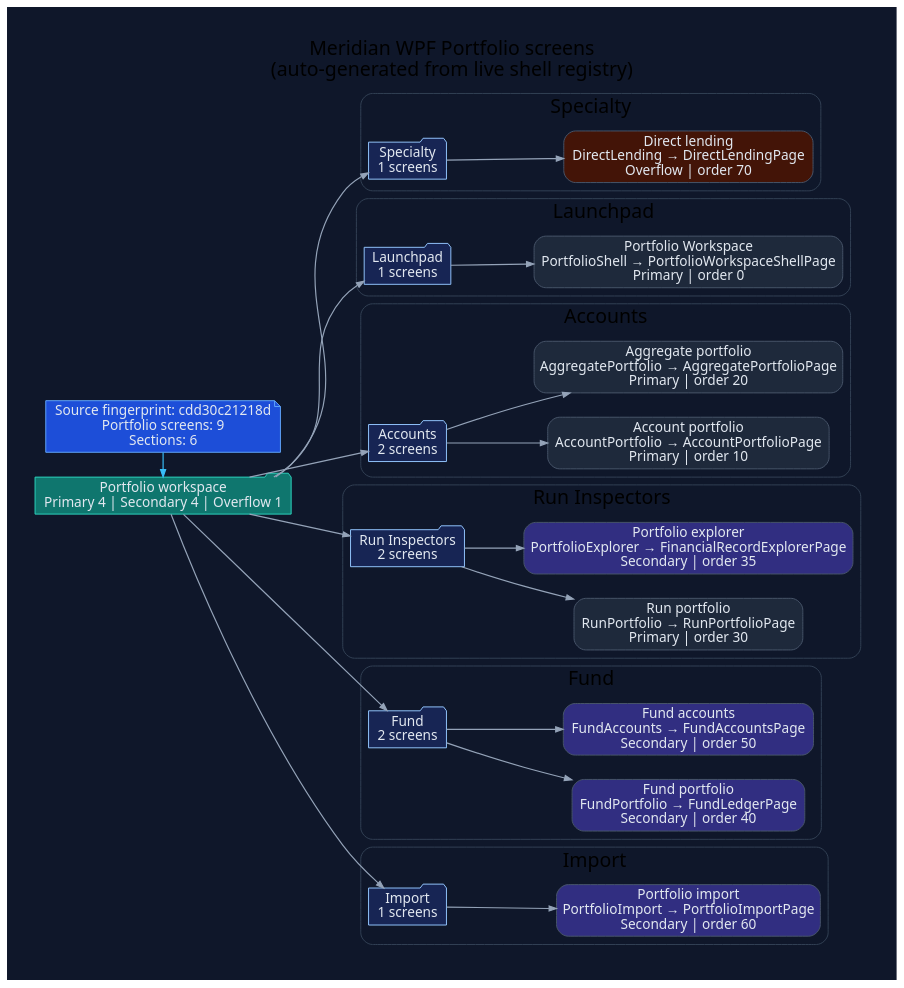
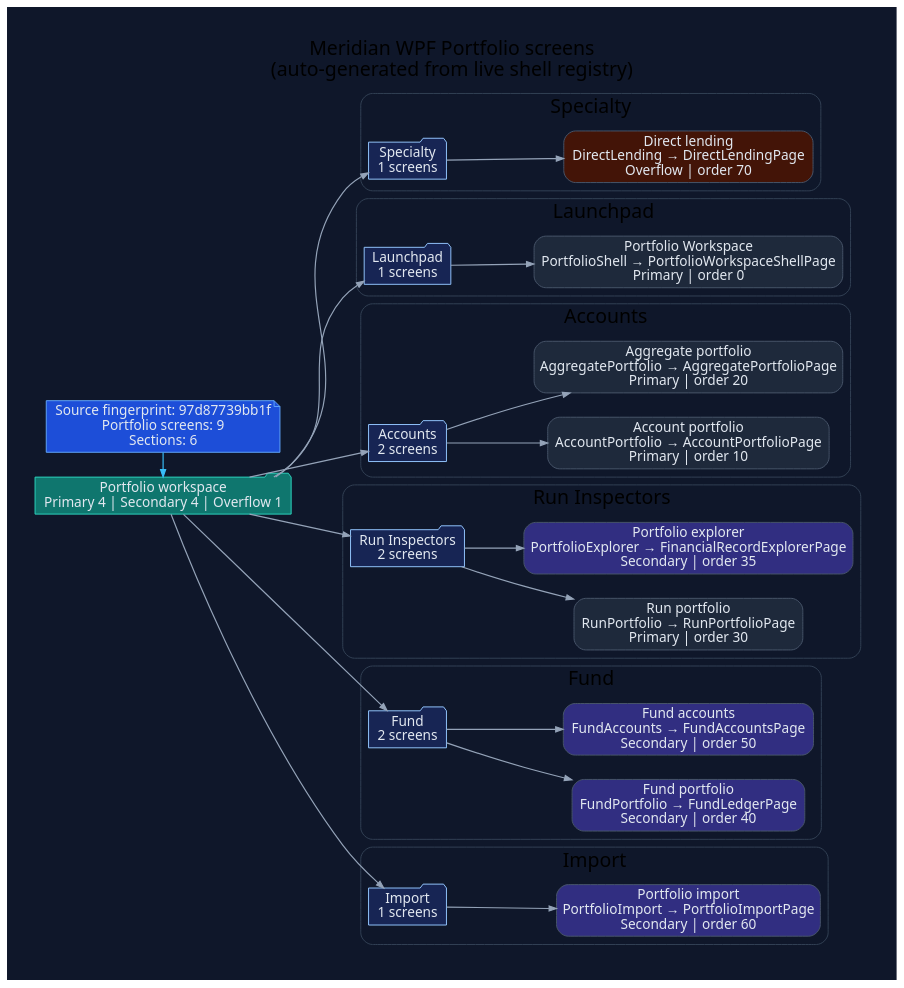
Before and after one commit to rodoHasArrived/Meridian-main: the diagram in docs/diagrams/ui/ui-wpf-screens-portfolio.dot, drawn with Graphviz. The commit also changed 43 other files, not shown here.

First line of the commit message:
docs(diagrams): regenerate the WPF screen diagrams for the changed source fingerprint

```diff
--- a/docs/diagrams/ui/ui-wpf-screens-portfolio.dot
+++ b/docs/diagrams/ui/ui-wpf-screens-portfolio.dot
@@ -1,92 +1,92 @@
 // -----------------------------------------------------------------------------
 // <auto-generated>
 // Generated by scripts/generate-diagrams.mjs.
 // Do not edit this file directly; update the WPF source files instead.
 // -----------------------------------------------------------------------------
 digraph WpfPortfolioScreens {
   graph [
     rankdir=LR,
     labelloc=t,
     label="Meridian WPF Portfolio screens\n(auto-generated from live shell registry)",
     fontname="Segoe UI",
     fontsize=20,
     pad=0.4,
     nodesep=0.35,
     ranksep=0.85,
     bgcolor="#0f172a"
   ];
   node [fontname="Segoe UI", shape=box, style="rounded,filled", color="#475569", fontcolor="#e2e8f0", fillcolor="#1e293b"];
   edge [fontname="Segoe UI", color="#94a3b8", penwidth=1.2, arrowsize=0.75];
 
-  generated [shape=note, fillcolor="#1d4ed8", color="#60a5fa", label="Source fingerprint: cdd30c21218d\nPortfolio screens: 9\nSections: 6"];
+  generated [shape=note, fillcolor="#1d4ed8", color="#60a5fa", label="Source fingerprint: 97d87739bb1f\nPortfolio screens: 9\nSections: 6"];
   workspace [shape=folder, fillcolor="#0f766e", color="#2dd4bf", label="Portfolio workspace\nPrimary 4 | Secondary 4 | Overflow 1"];
   generated -> workspace [color="#38bdf8"];
 
   subgraph cluster_section_1 {
     label="Specialty";
     color="#334155";
     style="rounded";
     section_1 [shape=folder, fillcolor="#172554", color="#93c5fd", label="Specialty\n1 screens"];
     workspace -> section_1;
     screen_DirectLending [fillcolor="#431407", label="Direct lending\nDirectLending → DirectLendingPage\nOverflow | order 70"];
     section_1 -> screen_DirectLending;
   }
 
   subgraph cluster_section_2 {
     label="Launchpad";
     color="#334155";
     style="rounded";
     section_2 [shape=folder, fillcolor="#172554", color="#93c5fd", label="Launchpad\n1 screens"];
     workspace -> section_2;
     screen_PortfolioShell [fillcolor="#1e293b", label="Portfolio Workspace\nPortfolioShell → PortfolioWorkspaceShellPage\nPrimary | order 0"];
     section_2 -> screen_PortfolioShell;
   }
 
   subgraph cluster_section_3 {
     label="Accounts";
     color="#334155";
     style="rounded";
     section_3 [shape=folder, fillcolor="#172554", color="#93c5fd", label="Accounts\n2 screens"];
     workspace -> section_3;
     screen_AccountPortfolio [fillcolor="#1e293b", label="Account portfolio\nAccountPortfolio → AccountPortfolioPage\nPrimary | order 10"];
     section_3 -> screen_AccountPortfolio;
     screen_AggregatePortfolio [fillcolor="#1e293b", label="Aggregate portfolio\nAggregatePortfolio → AggregatePortfolioPage\nPrimary | order 20"];
     section_3 -> screen_AggregatePortfolio;
   }
 
   subgraph cluster_section_4 {
     label="Run Inspectors";
     color="#334155";
     style="rounded";
     section_4 [shape=folder, fillcolor="#172554", color="#93c5fd", label="Run Inspectors\n2 screens"];
     workspace -> section_4;
     screen_RunPortfolio [fillcolor="#1e293b", label="Run portfolio\nRunPortfolio → RunPortfolioPage\nPrimary | order 30"];
     section_4 -> screen_RunPortfolio;
     screen_PortfolioExplorer [fillcolor="#312e81", label="Portfolio explorer\nPortfolioExplorer → FinancialRecordExplorerPage\nSecondary | order 35"];
     section_4 -> screen_PortfolioExplorer;
   }
 
   subgraph cluster_section_5 {
     label="Fund";
     color="#334155";
     style="rounded";
     section_5 [shape=folder, fillcolor="#172554", color="#93c5fd", label="Fund\n2 screens"];
     workspace -> section_5;
     screen_FundPortfolio [fillcolor="#312e81", label="Fund portfolio\nFundPortfolio → FundLedgerPage\nSecondary | order 40"];
     section_5 -> screen_FundPortfolio;
     screen_FundAccounts [fillcolor="#312e81", label="Fund accounts\nFundAccounts → FundAccountsPage\nSecondary | order 50"];
     section_5 -> screen_FundAccounts;
   }
 
   subgraph cluster_section_6 {
     label="Import";
     color="#334155";
     style="rounded";
     section_6 [shape=folder, fillcolor="#172554", color="#93c5fd", label="Import\n1 screens"];
     workspace -> section_6;
     screen_PortfolioImport [fillcolor="#312e81", label="Portfolio import\nPortfolioImport → PortfolioImportPage\nSecondary | order 60"];
     section_6 -> screen_PortfolioImport;
   }
 
   { rank=min; generated; workspace; }
 }
```
